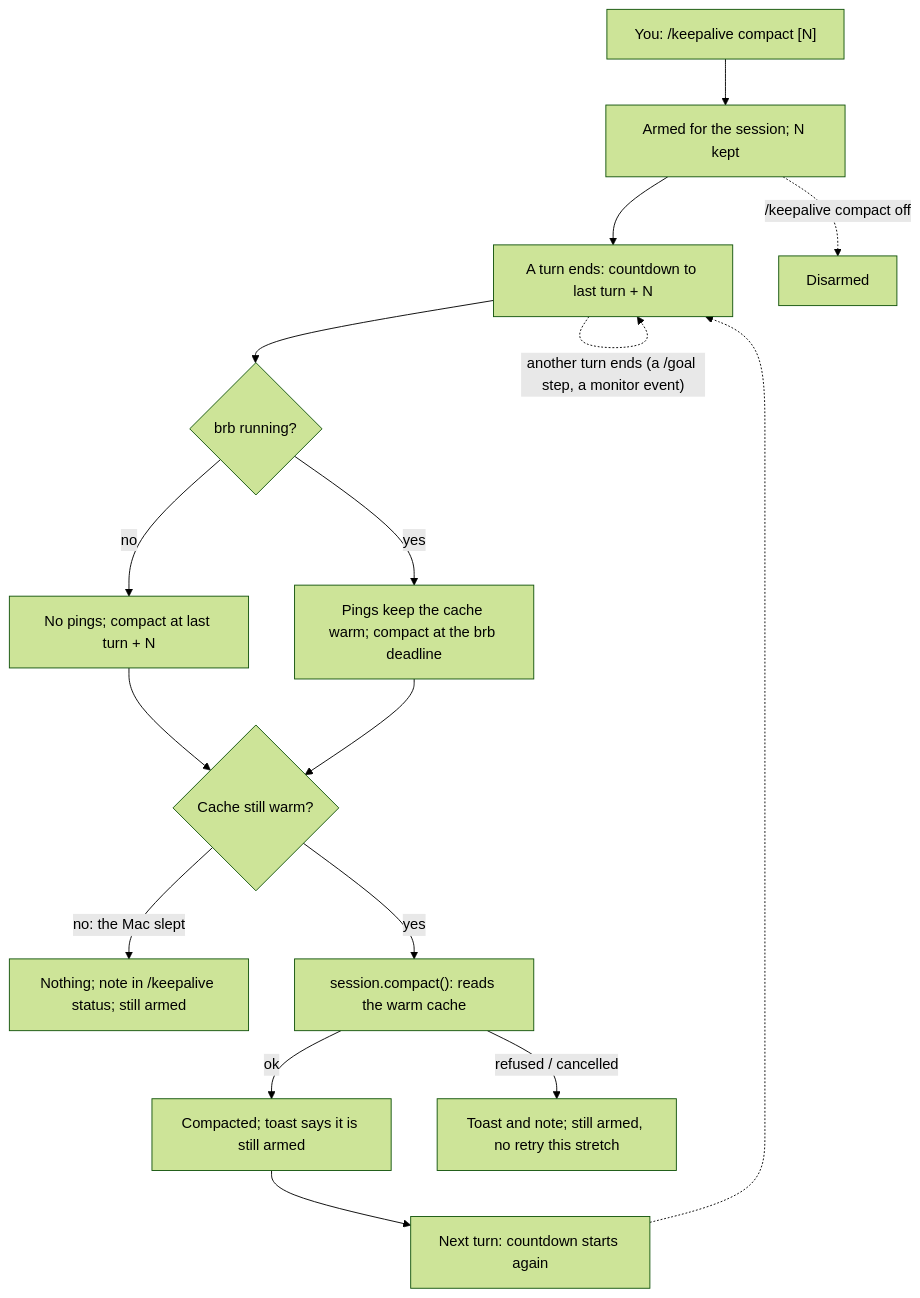
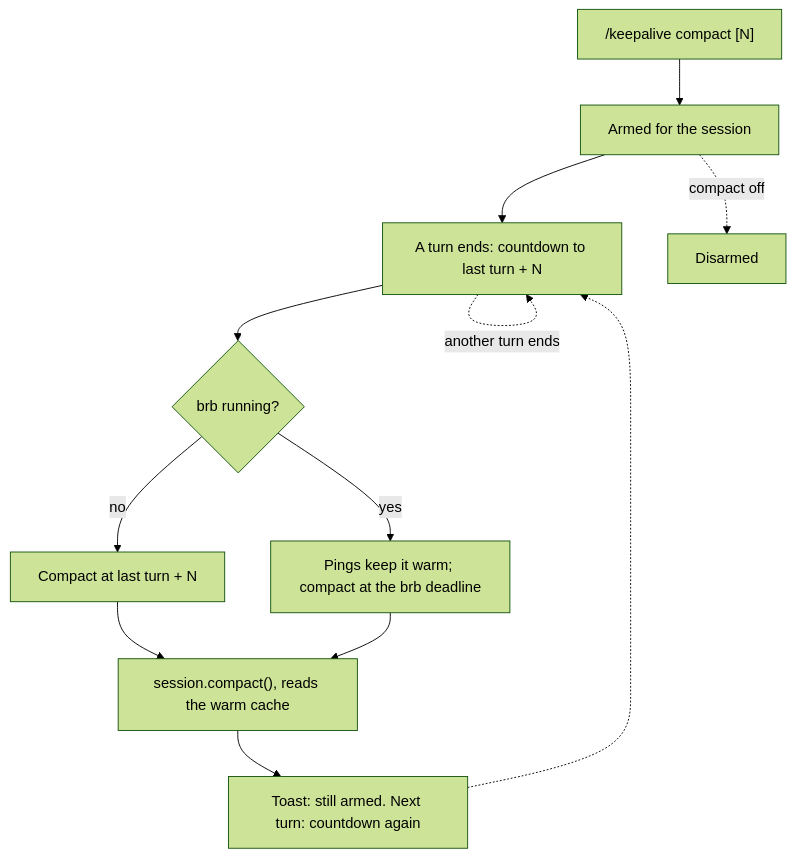
Before and after one commit to shdennlin/agent-plugins: the diagram in plugins/cache-keepalive/docs/compact.md, drawn with Mermaid (forest theme). The commit also changed other lines of this file and 5 other files, not shown here.

First line of the commit message:
docs(cache-keepalive): usage-first README, short compact guide, design notes

````diff
--- a/plugins/cache-keepalive/docs/compact.md
+++ b/plugins/cache-keepalive/docs/compact.md
@@ -31,18 +34,14 @@
 ```mermaid
 flowchart TD
-  A["You: /keepalive compact [N]"] --> B["Armed for the session; N kept"]
+  A["/keepalive compact [N]"] --> B["Armed for the session"]
   B --> C["A turn ends: countdown to last turn + N"]
-  C -.->|"another turn ends (a /goal step, a monitor event)"| C
+  C -.->|"another turn ends"| C
   C --> D{"brb running?"}
-  D -->|no| E["No pings; compact at last turn + N"]
-  D -->|yes| F["Pings keep the cache warm; compact at the brb deadline"]
-  E --> G{"Cache still warm?"}
+  D -->|no| E["Compact at last turn + N"]
+  D -->|yes| F["Pings keep it warm; compact at the brb deadline"]
+  E --> G["session.compact(), reads the warm cache"]
   F --> G
-  G -->|"no: the Mac slept"| X1["Nothing; note in /keepalive status; still armed"]
-  G -->|yes| H["session.compact(): reads the warm cache"]
-  H -->|ok| I["Compacted; toast says it is still armed"]
-  H -->|"refused / cancelled"| X2["Toast and note; still armed, no retry this stretch"]
-  I --> J["Next turn: countdown starts again"]
-  J -.-> C
-  B -.->|"/keepalive compact off"| X3["Disarmed"]
+  G --> H["Toast: still armed. Next turn: countdown again"]
+  H -.-> C
+  B -.->|"compact off"| X["Disarmed"]
 ```
````
